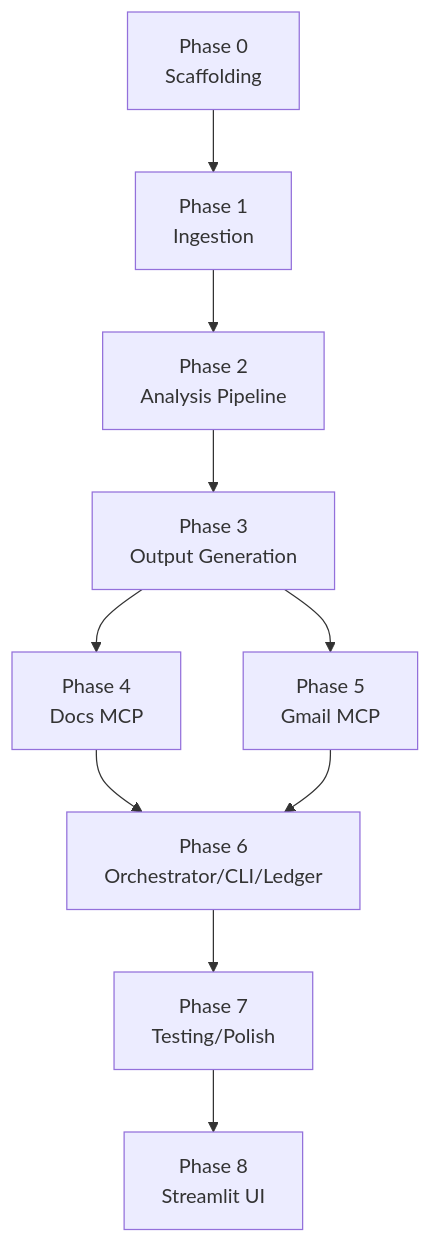
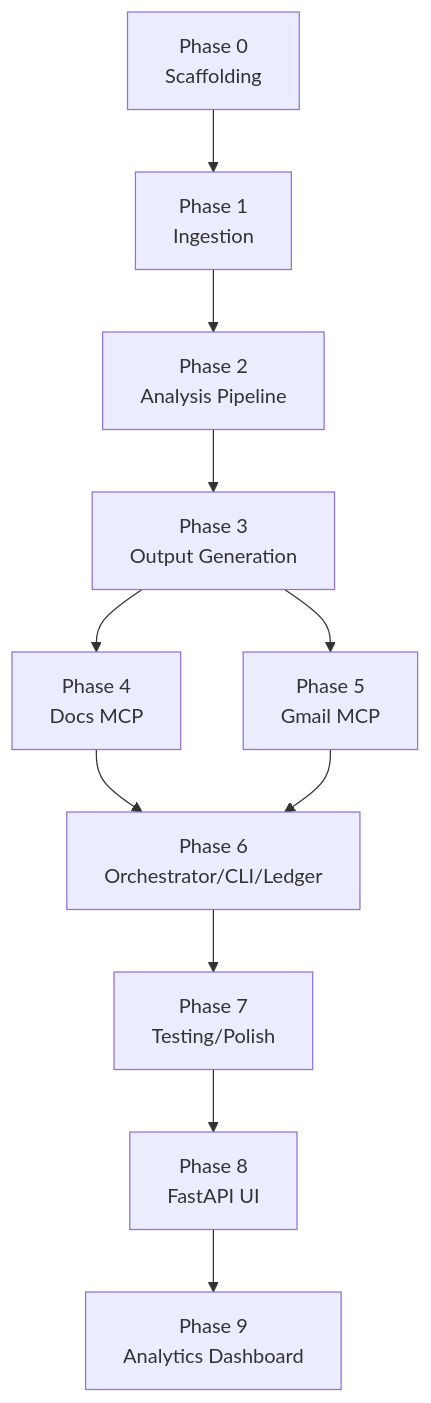
The second of 2 diagrams in docs/implementation-plan.md (Shekhu07/Weekly_Pulse), drawn with Mermaid before and after one commit. The commit also changed other lines of this file and 2 other files, not shown here.

Commit message:
docs: sync architecture, plan, and problem statement with FastAPI and analytics dashboard changes

````diff
--- a/docs/implementation-plan.md
+++ b/docs/implementation-plan.md
@@ -730,22 +730,24 @@
 ```mermaid
 graph TD
     P0["Phase 0<br/>Scaffolding"]
     P1["Phase 1<br/>Ingestion"]
     P2["Phase 2<br/>Analysis Pipeline"]
     P3["Phase 3<br/>Output Generation"]
     P4["Phase 4<br/>Docs MCP"]
     P5["Phase 5<br/>Gmail MCP"]
     P6["Phase 6<br/>Orchestrator/CLI/Ledger"]
     P7["Phase 7<br/>Testing/Polish"]
-    P8["Phase 8<br/>Streamlit UI"]
+    P8["Phase 8<br/>FastAPI UI"]
+    P9["Phase 9<br/>Analytics Dashboard"]
 
     P0 --> P1
     P1 --> P2
     P2 --> P3
     P3 --> P4
     P3 --> P5
     P4 --> P6
     P5 --> P6
     P6 --> P7
     P7 --> P8
+    P8 --> P9
 ```
````
